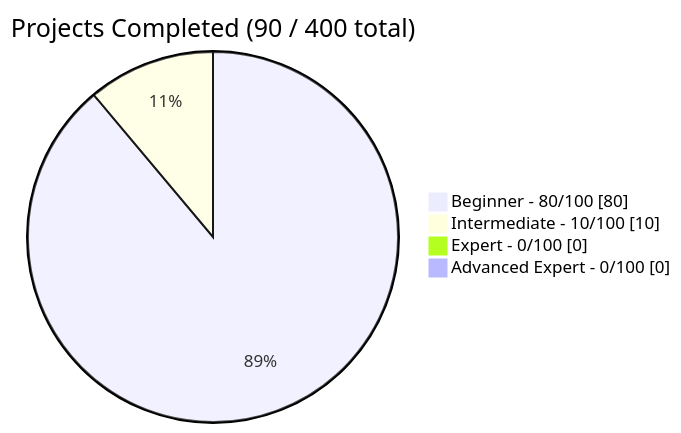
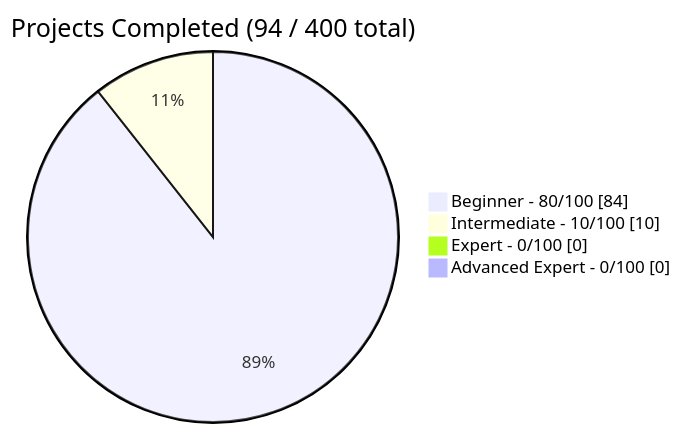
One commit to Debanga-06/Code-Odessey changed the diagram in README.md. Above: the diagram before and after it, drawn with Mermaid. The commit also changed other lines of this file and 2 other files, not shown here.

Commit message:
Add Code in Beginner Level

````diff
--- a/README.md
+++ b/README.md
@@ -75,8 +75,8 @@
 ```mermaid
 pie showData
-    title Projects Completed (90 / 400 total)
-    "Beginner - 80/100" : 80
+    title Projects Completed (94 / 400 total)
+    "Beginner - 80/100" : 84
     "Intermediate - 10/100" : 10
     "Expert - 0/100" : 0
     "Advanced Expert - 0/100" : 0
 ```
````
